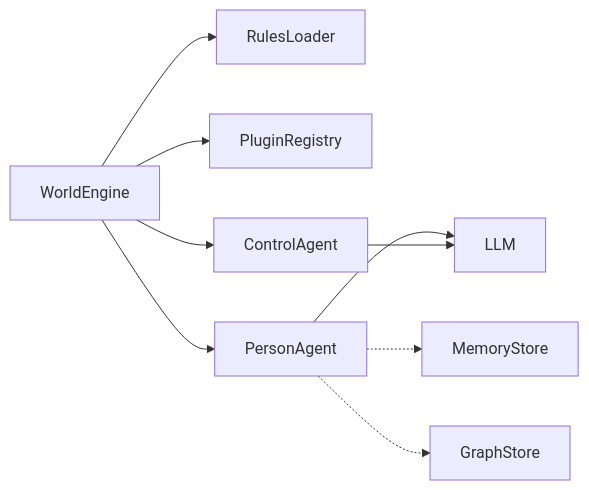
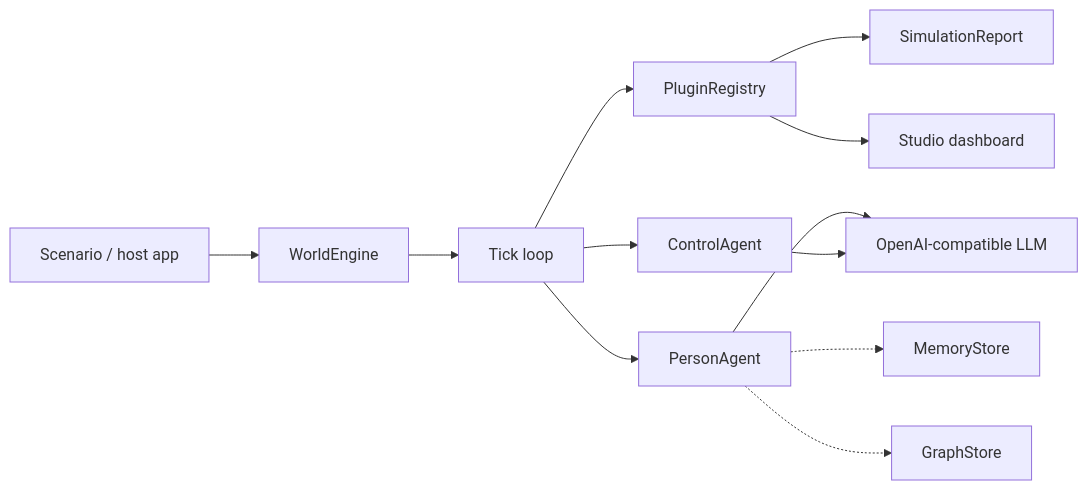
One commit to francemazzi/worldsim changed the diagram in README.md. Above: the diagram before and after it, drawn with Mermaid. The commit also changed other lines of this file, not shown here.

````diff
--- a/README.md
+++ b/README.md
@@ -155,11 +208,14 @@
 ```mermaid
 flowchart LR
-  WorldEngine --> RulesLoader
-  WorldEngine --> PluginRegistry
-  WorldEngine --> PersonAgent
-  WorldEngine --> ControlAgent
-  PersonAgent --> LLM
+  Scenario[Scenario / host app] --> WorldEngine
+  WorldEngine --> TickLoop[Tick loop]
+  TickLoop --> PluginRegistry
+  TickLoop --> PersonAgent
+  TickLoop --> ControlAgent
+  PersonAgent --> LLM[OpenAI-compatible LLM]
   ControlAgent --> LLM
   PersonAgent -.-> MemoryStore
   PersonAgent -.-> GraphStore
+  PluginRegistry --> Report[SimulationReport]
+  PluginRegistry --> Studio[Studio dashboard]
 ```
````
